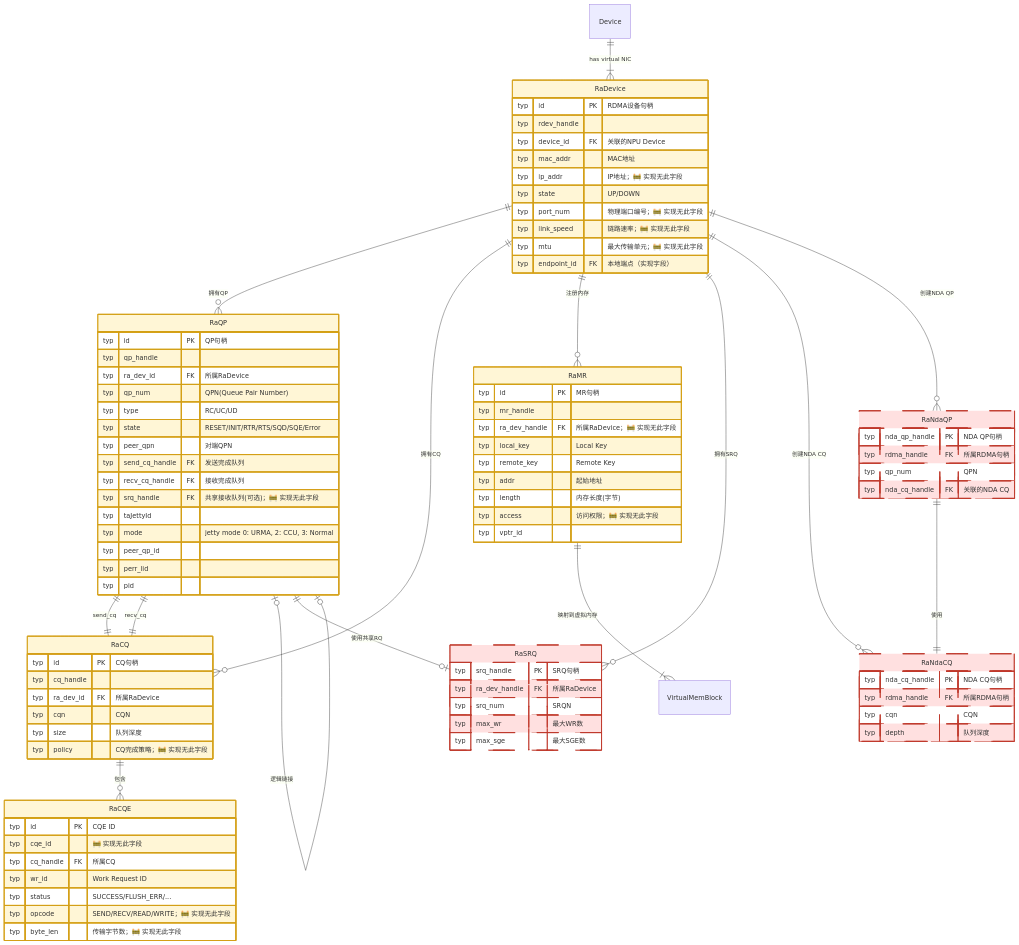
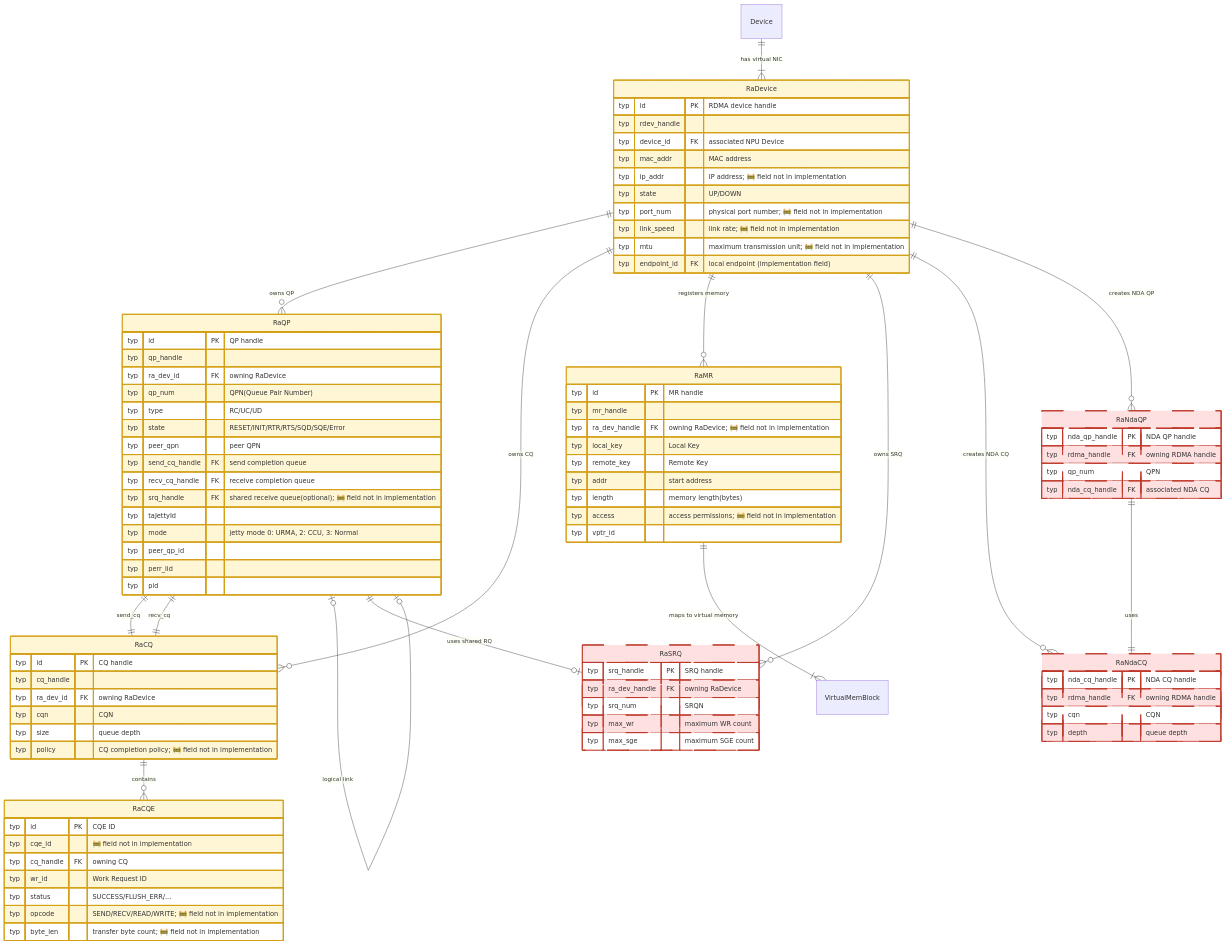
Before and after one commit to Atlas-Ascend-Fork/hcomm: diagram 14 of 19 in test/hccl_vm/docs/simulator_runner_data_model_en.md, drawn with Mermaid. The commit also changed other lines of this file and 73 other files, not shown here.

````diff
--- a/test/hccl_vm/docs/simulator_runner_data_model_en.md
+++ b/test/hccl_vm/docs/simulator_runner_data_model_en.md
@@ -1180,109 +1180,109 @@
 ```mermaid
 erDiagram
     %% ==========================================
-    %% RDMA设备与资源 (RaRdev, RaQp, RaMr 接口)
-    %% 🧠 可进程私有：RaQP / RaCQ / RaCQE / RaMR / RaDevice（仅 src/proxy 访问；RaQP 有对端过滤）
+    %% RDMA Devices and Resources (RaRdev, RaQp, RaMr Interfaces)
+    %% 🧠 Process-private candidates: RaQP / RaCQ / RaCQE / RaMR / RaDevice (only src/proxy accesses; RaQP has peer filtering)
     %% ==========================================
     Device ||--|{ RaDevice : "has virtual NIC"
     RaDevice {
-        typ id PK "RDMA设备句柄"
+        typ id PK "RDMA device handle"
         typ rdev_handle
-        typ device_id FK "关联的NPU Device"
-        typ mac_addr "MAC地址"
-        typ ip_addr "IP地址；🚧 实现无此字段"
+        typ device_id FK "associated NPU Device"
+        typ mac_addr "MAC address"
+        typ ip_addr "IP address; 🚧 field not in implementation"
         typ state "UP/DOWN"
-        typ port_num "物理端口编号；🚧 实现无此字段"
-        typ link_speed "链路速率；🚧 实现无此字段"
-        typ mtu "最大传输单元；🚧 实现无此字段"
-        typ endpoint_id FK "本地端点（实现字段）"
+        typ port_num "physical port number; 🚧 field not in implementation"
+        typ link_speed "link rate; 🚧 field not in implementation"
+        typ mtu "maximum transmission unit; 🚧 field not in implementation"
+        typ endpoint_id FK "local endpoint (implementation field)"
     }
 
-    %% RDMA核心：QP (Queue Pair)
+    %% RDMA Core: QP (Queue Pair)
     RaQP {
-        typ id PK "QP句柄"
+        typ id PK "QP handle"
         typ qp_handle
-        typ ra_dev_id FK "所属RaDevice"
+        typ ra_dev_id FK "owning RaDevice"
         typ qp_num "QPN(Queue Pair Number)"
         typ type "RC/UC/UD"
         typ state "RESET/INIT/RTR/RTS/SQD/SQE/Error"
-        typ peer_qpn "对端QPN"
-        typ send_cq_handle FK "发送完成队列"
-        typ recv_cq_handle FK "接收完成队列"
-        typ srq_handle FK "共享接收队列(可选)；🚧 实现无此字段"
+        typ peer_qpn "peer QPN"
+        typ send_cq_handle FK "send completion queue"
+        typ recv_cq_handle FK "receive completion queue"
+        typ srq_handle FK "shared receive queue(optional); 🚧 field not in implementation"
         typ taJettyId
         typ mode "jetty mode 0: URMA, 2: CCU, 3: Normal"
         typ peer_qp_id
         typ perr_lid
         typ pid
     }
-    RaDevice ||--o{ RaQP : "拥有QP"
+    RaDevice ||--o{ RaQP : "owns QP"
     RaQP ||--|| RaCQ : "send_cq"
     RaQP ||--|| RaCQ : "recv_cq"
-    RaQP |o--o| RaQP : "逻辑链接"
-    RaQP ||--o| RaSRQ : "使用共享RQ"
+    RaQP |o--o| RaQP : "logical link"
+    RaQP ||--o| RaSRQ : "uses shared RQ"
 
-    %% 完成队列 CQ
+    %% Completion Queue CQ
     RaCQ {
-        typ id PK "CQ句柄"
+        typ id PK "CQ handle"
         typ cq_handle
-        typ ra_dev_id FK "所属RaDevice"
+        typ ra_dev_id FK "owning RaDevice"
         typ cqn "CQN"
-        typ size "队列深度"
-        typ policy "CQ完成策略；🚧 实现无此字段"
+        typ size "queue depth"
+        typ policy "CQ completion policy; 🚧 field not in implementation"
     }
     RaCQE {
         typ id PK "CQE ID"
-        typ cqe_id "🚧 实现无此字段"
-        typ cq_handle FK "所属CQ"
+        typ cqe_id "🚧 field not in implementation"
+        typ cq_handle FK "owning CQ"
         typ wr_id "Work Request ID"
         typ status "SUCCESS/FLUSH_ERR/..."
-        typ opcode "SEND/RECV/READ/WRITE；🚧 实现无此字段"
-        typ byte_len "传输字节数；🚧 实现无此字段"
+        typ opcode "SEND/RECV/READ/WRITE; 🚧 field not in implementation"
+        typ byte_len "transfer byte count; 🚧 field not in implementation"
     }
-    RaDevice ||--o{ RaCQ : "拥有CQ"
-    RaCQ ||--o{ RaCQE : "包含"
+    RaDevice ||--o{ RaCQ : "owns CQ"
+    RaCQ ||--o{ RaCQE : "contains"
 
-    %% 内存注册 MR
+    %% Memory Registration MR
     RaMR {
-        typ id PK "MR句柄"
+        typ id PK "MR handle"
         typ mr_handle
-        typ ra_dev_handle FK "所属RaDevice；🚧 实现无此字段"
+        typ ra_dev_handle FK "owning RaDevice; 🚧 field not in implementation"
         typ local_key "Local Key"
         typ remote_key "Remote Key"
-        typ addr "起始地址"
-        typ length "内存长度(字节)"
-        typ access "访问权限；🚧 实现无此字段"
+        typ addr "start address"
+        typ length "memory length(bytes)"
+        typ access "access permissions; 🚧 field not in implementation"
         typ vptr_id
     }
-    RaDevice ||--o{ RaMR : "注册内存"
-    RaMR ||--|{ VirtualMemBlock : "映射到虚拟内存"
+    RaDevice ||--o{ RaMR : "registers memory"
+    RaMR ||--|{ VirtualMemBlock : "maps to virtual memory"
 
-    %% 共享接收队列 SRQ
+    %% Shared Receive Queue SRQ
     RaSRQ {
-        typ srq_handle PK "SRQ句柄"
-        typ ra_dev_handle FK "所属RaDevice"
+        typ srq_handle PK "SRQ handle"
+        typ ra_dev_handle FK "owning RaDevice"
         typ srq_num "SRQN"
-        typ max_wr "最大WR数"
-        typ max_sge "最大SGE数"
+        typ max_wr "maximum WR count"
+        typ max_sge "maximum SGE count"
     }
-    RaDevice ||--o{ RaSRQ : "拥有SRQ"
+    RaDevice ||--o{ RaSRQ : "owns SRQ"
 
-    %% NDA直接访问
+    %% NDA Direct Access
     RaNdaCQ {
-        typ nda_cq_handle PK "NDA CQ句柄"
-        typ rdma_handle FK "所属RDMA句柄"
+        typ nda_cq_handle PK "NDA CQ handle"
+        typ rdma_handle FK "owning RDMA handle"
         typ cqn "CQN"
-        typ depth "队列深度"
+        typ depth "queue depth"
     }
     RaNdaQP {
-        typ nda_qp_handle PK "NDA QP句柄"
-        typ rdma_handle FK "所属RDMA句柄"
+        typ nda_qp_handle PK "NDA QP handle"
+        typ rdma_handle FK "owning RDMA handle"
         typ qp_num "QPN"
-        typ nda_cq_handle FK "关联的NDA CQ"
+        typ nda_cq_handle FK "associated NDA CQ"
     }
-    RaDevice ||--o{ RaNdaCQ : "创建NDA CQ"
-    RaDevice ||--o{ RaNdaQP : "创建NDA QP"
-    RaNdaQP ||--|| RaNdaCQ : "使用"
+    RaDevice ||--o{ RaNdaCQ : "creates NDA CQ"
+    RaDevice ||--o{ RaNdaQP : "creates NDA QP"
+    RaNdaQP ||--|| RaNdaCQ : "uses"
 
     classDef unimplemented fill:#ffe0e0,stroke:#c0392b,stroke-width:2px,stroke-dasharray:5 3
     classDef inproc fill:#fff6d6,stroke:#d4a017,stroke-width:2px
````
